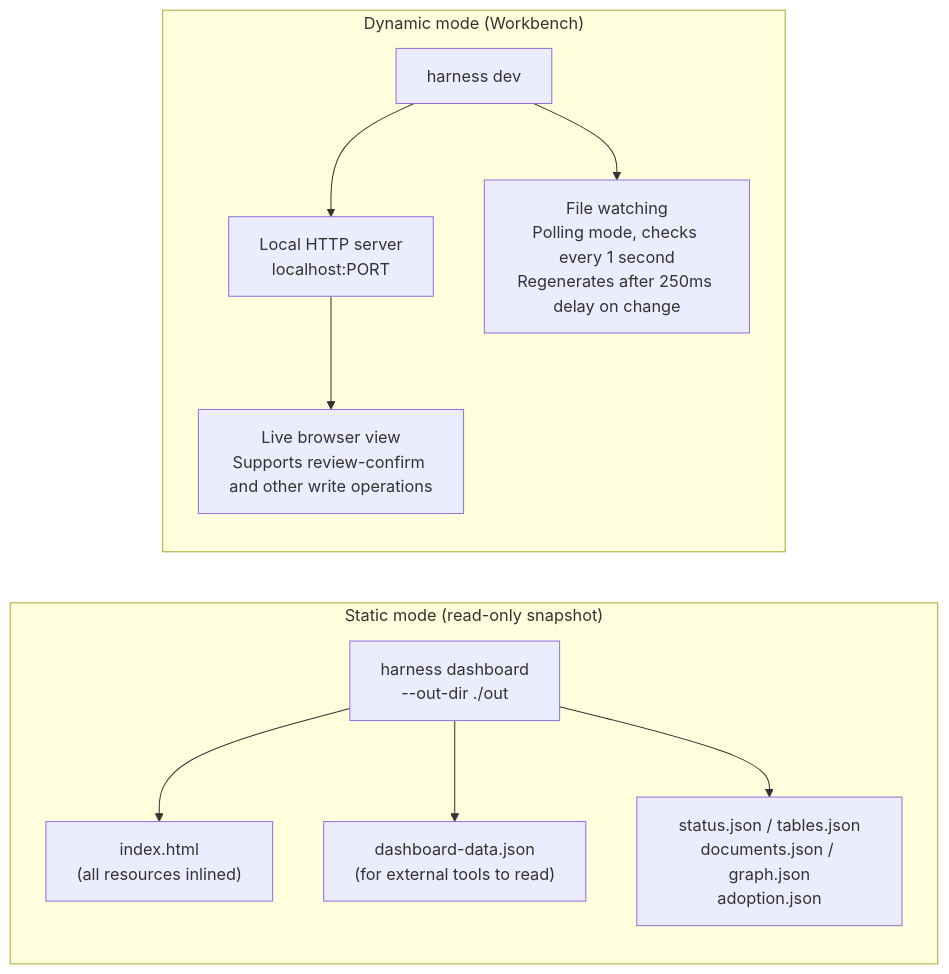
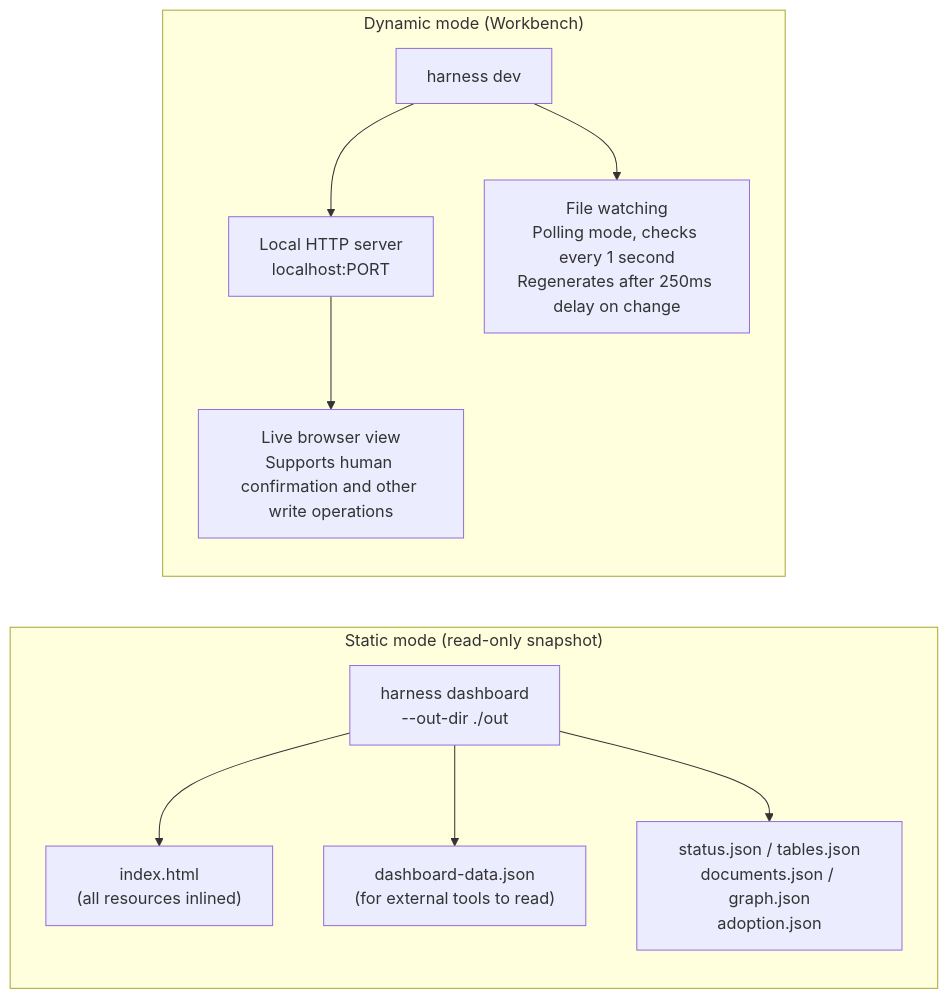
One commit to FairladyZ625/coding-agent-harness changed the seventh of 7 diagrams in docs-release/architecture/system-explainer/en-US/05-data-flow.md. Above: the diagram before and after it, drawn with Mermaid. The commit also changed other lines of this file and 33 other files, not shown here.

Commit message:
fix: route review confirmation through dashboard

````diff
--- a/docs-release/architecture/system-explainer/en-US/05-data-flow.md
+++ b/docs-release/architecture/system-explainer/en-US/05-data-flow.md
@@ -187,16 +187,16 @@
 ```mermaid
 flowchart LR
   subgraph "Static mode (read-only snapshot)"
     SC["harness dashboard\n--out-dir ./out"]
     SC --> SH["index.html\n(all resources inlined)"]
     SC --> SJ["dashboard-data.json\n(for external tools to read)"]
     SC --> SF["status.json / tables.json\ndocuments.json / graph.json\nadoption.json"]
   end
 
   subgraph "Dynamic mode (Workbench)"
     DC["harness dev"]
     DC --> HTTP["Local HTTP server\nlocalhost:PORT"]
     DC --> Watch["File watching\nPolling mode, checks every 1 second\nRegenerates after 250ms delay on change"]
-    HTTP --> Browser["Live browser view\nSupports review-confirm and other write operations"]
+    HTTP --> Browser["Live browser view\nSupports human confirmation and other write operations"]
   end
 ```
````
